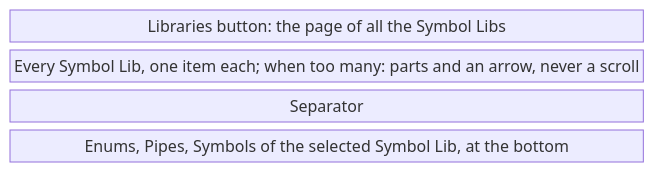
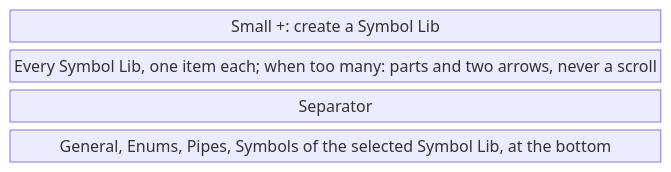
Before and after one commit to AlexandreGallais/synoptic-studio-spec: the first of 5 diagrams in symbols/01-libraries-and-symbols.md, drawn with Mermaid. The commit also changed other lines of this file and 8 other files, not shown here.

First line of the commit message:
docs(symbols): replace the libraries page with a general page per library

````diff
--- a/symbols/01-libraries-and-symbols.md
+++ b/symbols/01-libraries-and-symbols.md
@@ -46,8 +49,8 @@
 ```mermaid
 block-beta
     columns 1
-    lib["Libraries button: the page of all the Symbol Libs"]
-    list["Every Symbol Lib, one item each; when too many: parts and an arrow, never a scroll"]
+    add["Small +: create a Symbol Lib"]
+    list["Every Symbol Lib, one item each; when too many: parts and two arrows, never a scroll"]
     sep["Separator"]
-    pages["Enums, Pipes, Symbols of the selected Symbol Lib, at the bottom"]
+    pages["General, Enums, Pipes, Symbols of the selected Symbol Lib, at the bottom"]
 ```
````
